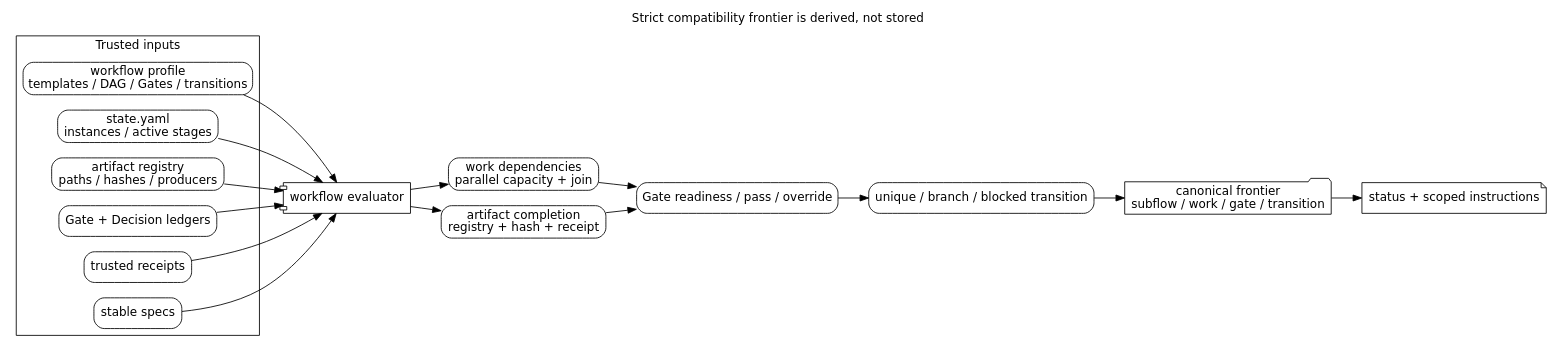
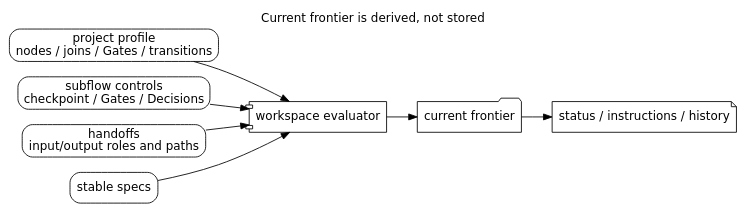
The diagram in docs/researchspec_arsu_runtime/diagrams/src/frontier-evaluation.dot (leike0813/ResearchSpec), drawn with Graphviz before and after one commit. The commit also changed 89 other files, not shown here.

```diff
--- a/docs/researchspec_arsu_runtime/diagrams/src/frontier-evaluation.dot
+++ b/docs/researchspec_arsu_runtime/diagrams/src/frontier-evaluation.dot
@@ -1,37 +1,17 @@
 digraph frontier_evaluation {
-  graph [label="Strict compatibility frontier is derived, not stored", labelloc=t, rankdir=LR, fontname="DejaVu Sans"];
+  graph [label="Current frontier is derived, not stored", labelloc=t, rankdir=LR, fontname="DejaVu Sans"];
   node [shape=box, style="rounded", fontname="DejaVu Sans"];
-  edge [fontname="DejaVu Sans"];
-
-  subgraph cluster_inputs {
-    label="Trusted inputs";
-    profile [label="workflow profile\ntemplates / DAG / Gates / transitions"];
-    state [label="state.yaml\ninstances / active stages"];
-    registry [label="artifact registry\npaths / hashes / producers"];
-    ledgers [label="Gate + Decision ledgers"];
-    receipts [label="trusted receipts"];
-    contracts [label="stable specs"];
-  }
-
-  evaluator [shape=component, label="workflow evaluator"];
-  dependencies [label="work dependencies\nparallel capacity + join"];
-  completion [label="artifact completion\nregistry + hash + receipt"];
-  gates [label="Gate readiness / pass / override"];
-  transitions [label="unique / branch / blocked transition"];
-  frontier [shape=folder, label="canonical frontier\nsubflow / work / gate / transition"];
-  status [shape=note, label="status + scoped instructions"];
-
+  profile [label="project profile\nnodes / joins / Gates / transitions"];
+  controls [label="subflow controls\ncheckpoint / Gates / Decisions"];
+  handoffs [label="handoffs\ninput/output roles and paths"];
+  specs [label="stable specs"];
+  evaluator [shape=component, label="workspace evaluator"];
+  frontier [shape=folder, label="current frontier"];
+  views [shape=note, label="status / instructions / history"];
   profile -> evaluator;
-  state -> evaluator;
-  registry -> evaluator;
-  ledgers -> evaluator;
-  receipts -> evaluator;
-  contracts -> evaluator;
-  evaluator -> dependencies;
-  evaluator -> completion;
-  dependencies -> gates;
-  completion -> gates;
-  gates -> transitions;
-  transitions -> frontier;
-  frontier -> status;
+  controls -> evaluator;
+  handoffs -> evaluator;
+  specs -> evaluator;
+  evaluator -> frontier;
+  frontier -> views;
 }
```
